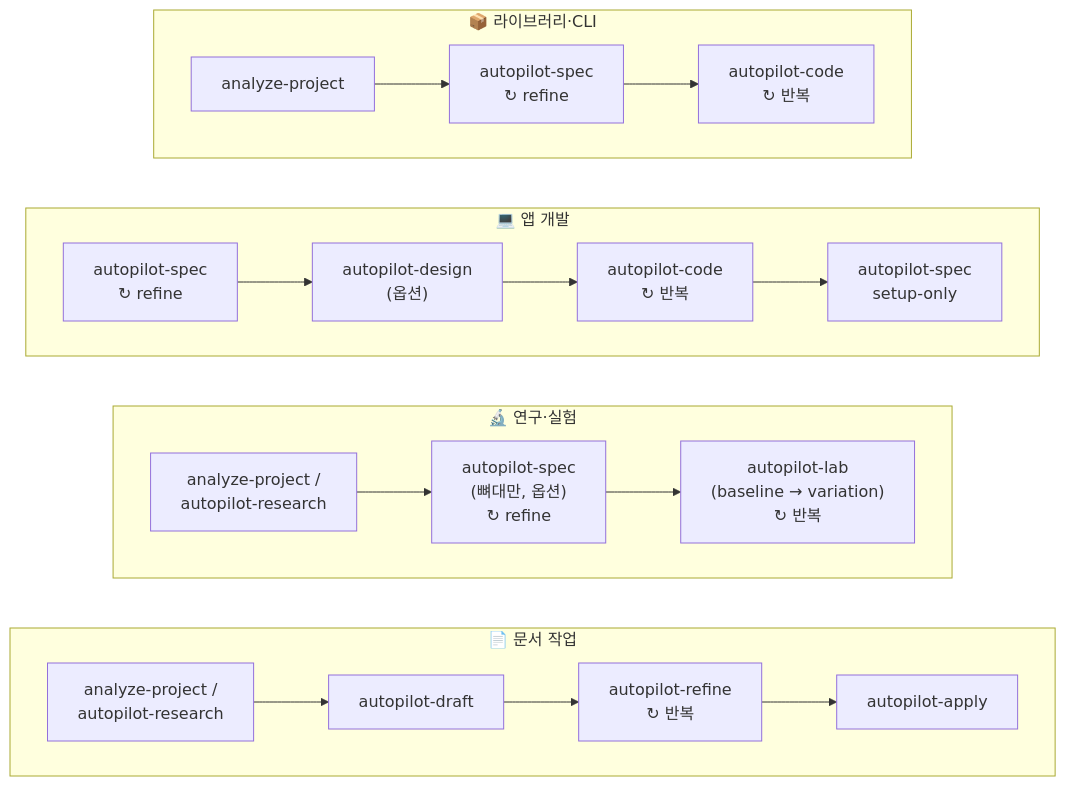
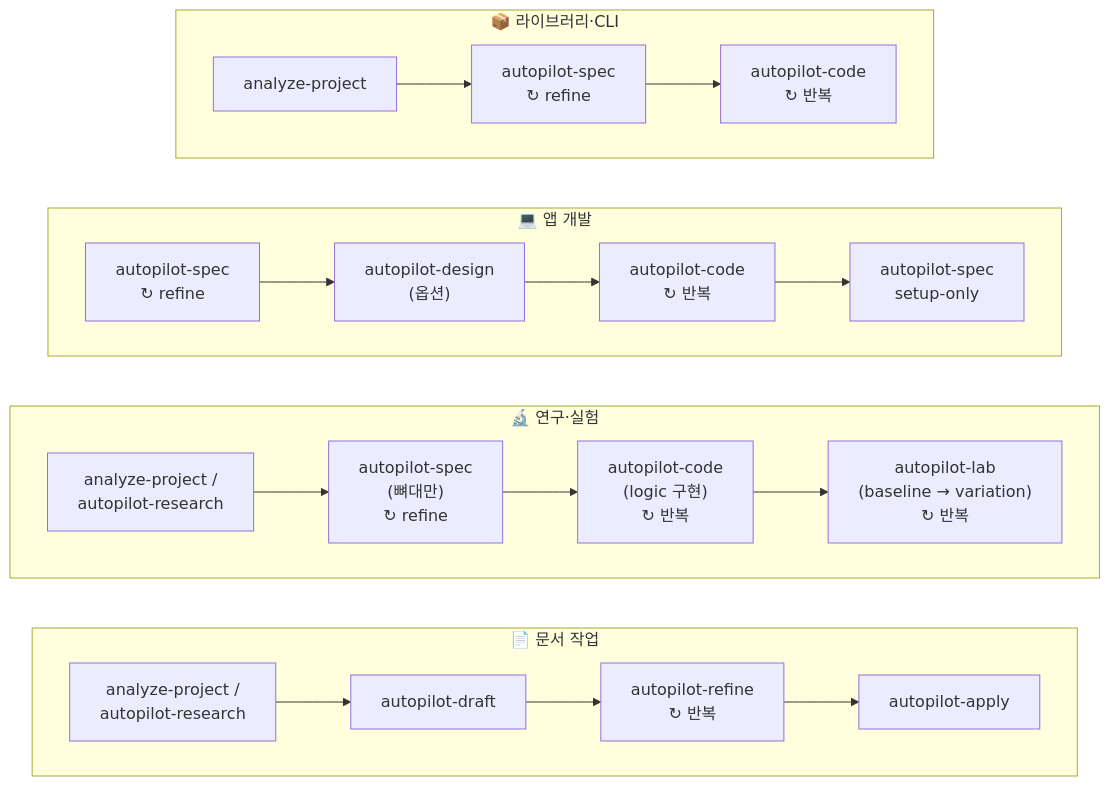
Before and after one commit to dmlguq456/agent_setting: the first of 3 diagrams in README.md, drawn with Mermaid. The commit also changed other lines of this file and 3 other files, not shown here.

First line of the commit message:
fix(flow): 연구·실험 트랙에 autopilot-code 필수 단계 명시

````diff
--- a/README.md
+++ b/README.md
@@ -32,19 +32,19 @@
 ```mermaid
 flowchart LR
     subgraph DOC["📄 문서 작업"]
         direction LR
         d1["analyze-project /<br/>autopilot-research"] --> d2[autopilot-draft] --> d3["autopilot-refine<br/>↻ 반복"] --> d4[autopilot-apply]
     end
     subgraph EXP["🔬 연구·실험"]
         direction LR
-        e1["analyze-project /<br/>autopilot-research"] --> e2["autopilot-spec<br/>(뼈대만, 옵션)<br/>↻ refine"] --> e3["autopilot-lab<br/>(baseline → variation)<br/>↻ 반복"]
+        e1["analyze-project /<br/>autopilot-research"] --> e2["autopilot-spec<br/>(뼈대만)<br/>↻ refine"] --> e3["autopilot-code<br/>(logic 구현)<br/>↻ 반복"] --> e4["autopilot-lab<br/>(baseline → variation)<br/>↻ 반복"]
     end
     subgraph APPDEV["💻 앱 개발"]
         direction LR
         a1["autopilot-spec<br/>↻ refine"] --> a2["autopilot-design<br/>(옵션)"] --> a3["autopilot-code<br/>↻ 반복"] --> a4["autopilot-spec<br/>setup-only"]
     end
     subgraph LIB["📦 라이브러리·CLI"]
         direction LR
         l1[analyze-project] --> l2["autopilot-spec<br/>↻ refine"] --> l3["autopilot-code<br/>↻ 반복"]
     end
 ```
````
